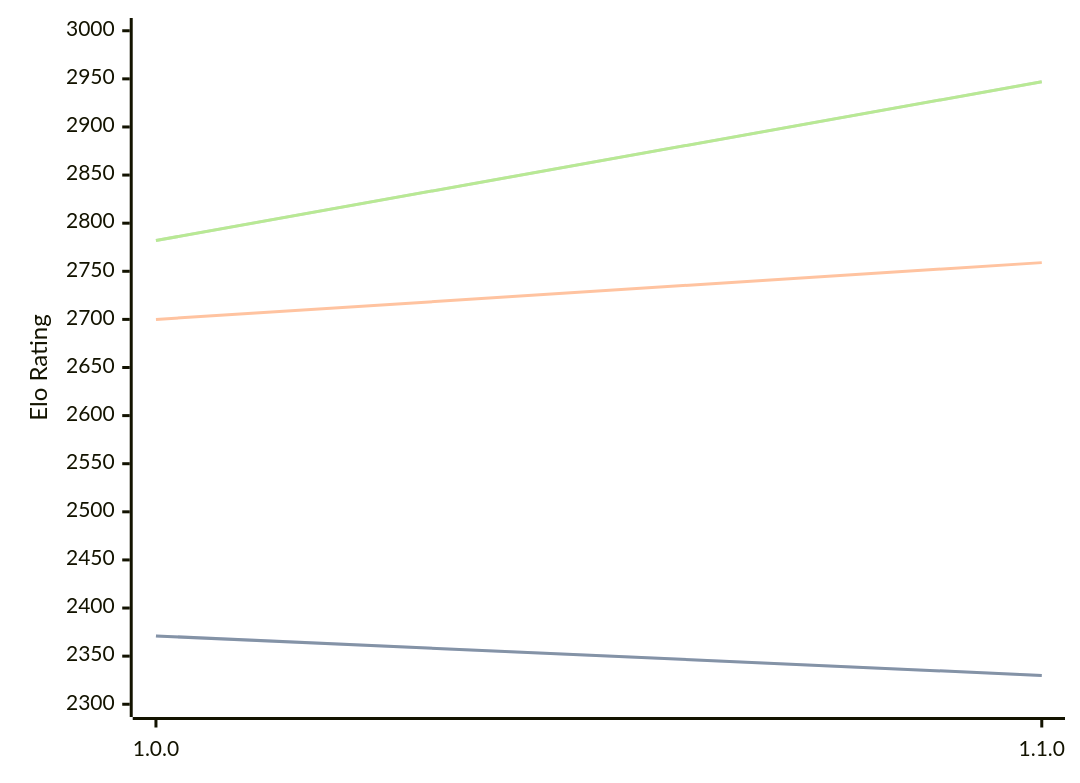
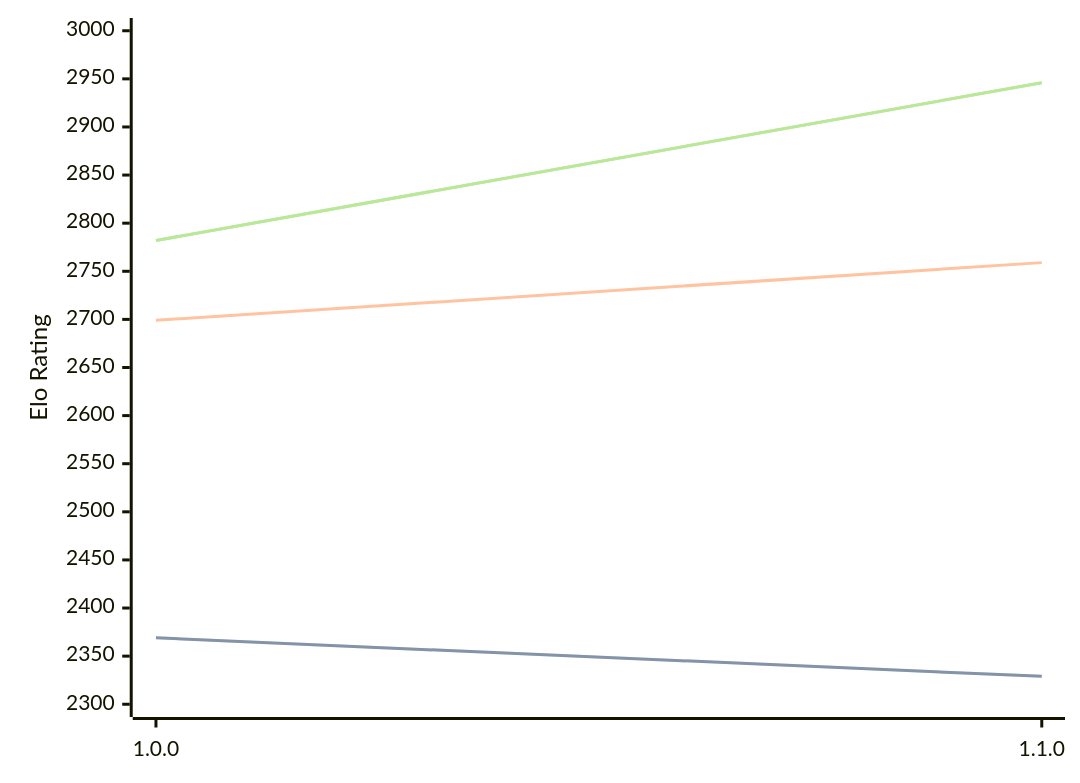
One commit to computer-chess-index/cci changed the diagram in engines/ShallowGuess.md. Above: the diagram before and after it, drawn with Mermaid. The commit also changed other lines of this file, not shown here.

Commit message:
Update CCI Ratings (ELO VLTC) - 2026-04-26

````diff
--- a/engines/ShallowGuess.md
+++ b/engines/ShallowGuess.md
@@ -36,11 +36,11 @@
 ```mermaid
 %%{init: {"theme":"base","themeVariables":{"seriesColors:['#a3a3a3','#222221','#faa371']}}}%%
 xychart-beta
   x-axis ["1.0.0", "1.1.0"]
   y-axis "Elo Rating" 2300 --> 3000
-  line "STC (8.0+0.08s)" [2371, 2330]
-  line "STC (8.0+0.08s)" [2371, 2330]
-  line "LTC (60.0+0.60s)" [2700, 2759]
-  line "VLTC (2m24s+1.12s)" [2782, 2947]
-  line "VLTC (2m24s+1.12s)" [2782, 2947]
+  line "STC (8.0+0.08s)" [2369, 2329]
+  line "STC (8.0+0.08s)" [2369, 2329]
+  line "LTC (60.0+0.60s)" [2699, 2759]
+  line "VLTC (2m24s+1.12s)" [2782, 2946]
+  line "VLTC (2m24s+1.12s)" [2782, 2946]
 ```
````
